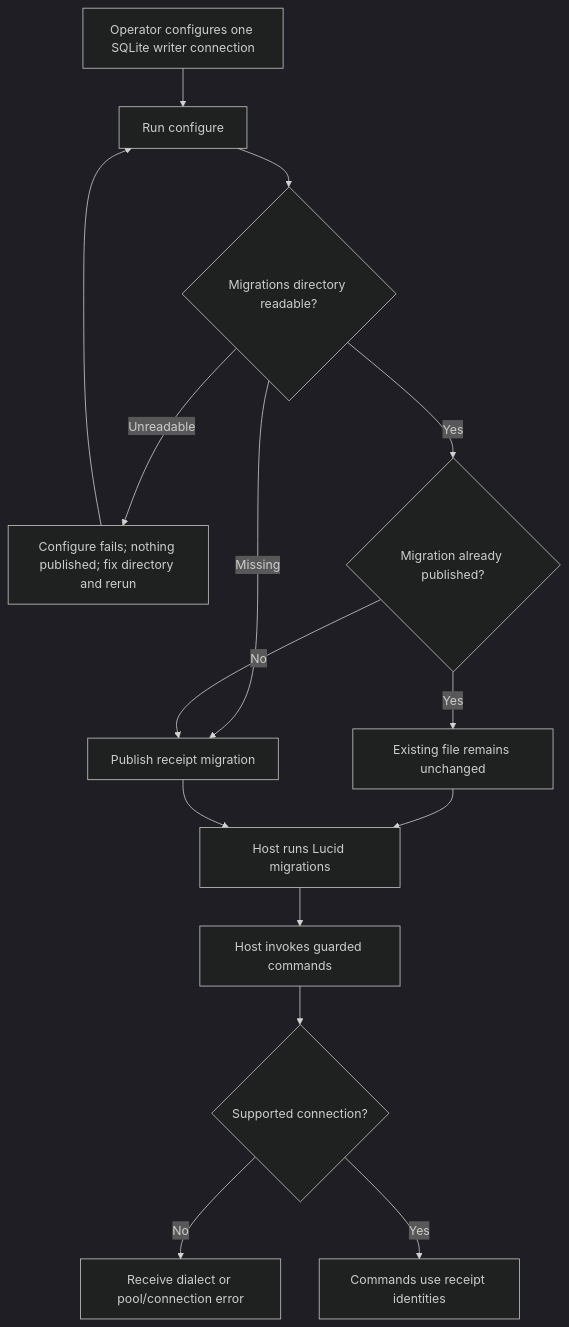
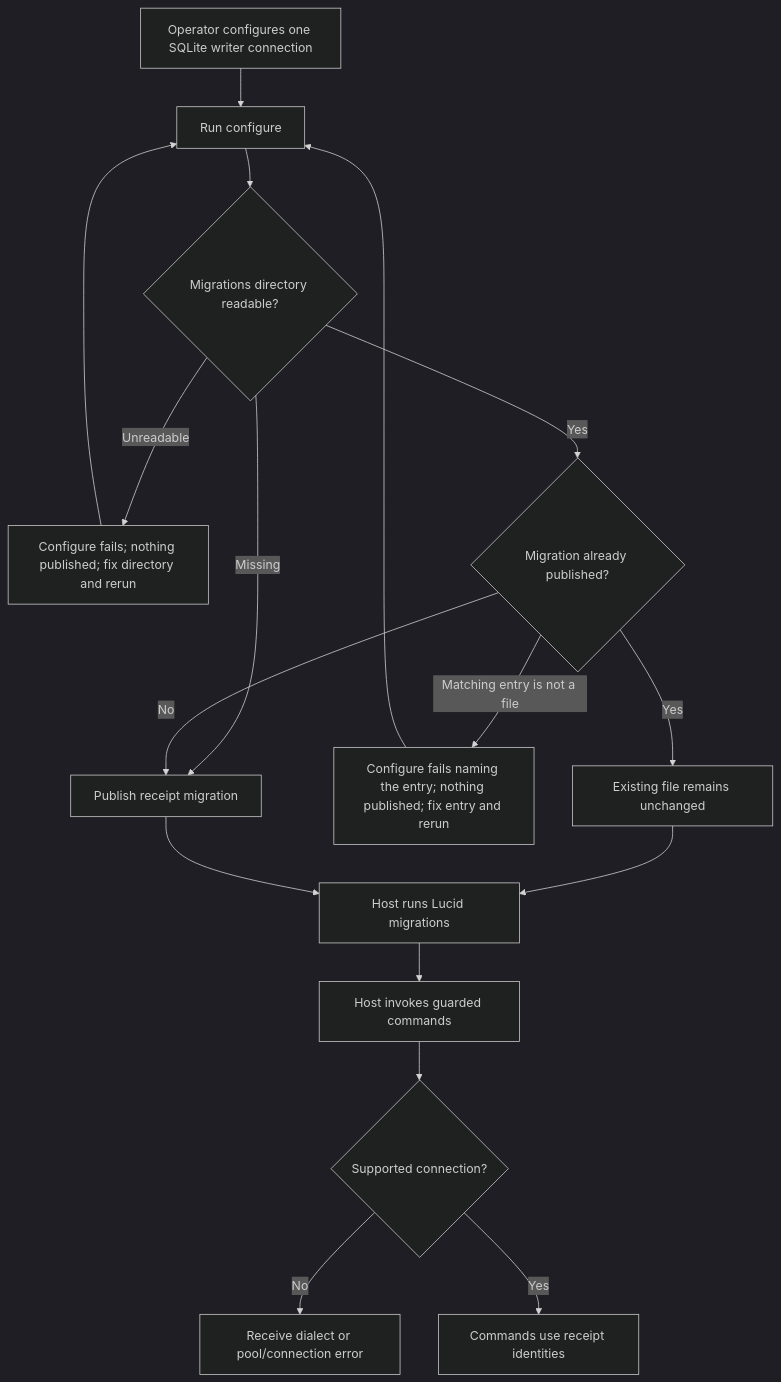
The first of 2 diagrams in user-stories/US-GUARD-04-operate-receipts.md (Kevinjohn/oss-adonisjs-duplicate-request-guard), drawn with Mermaid (dark theme) before and after one commit. The commit also changed other lines of this file and 2 other files, not shown here.

First line of the commit message:
fix: stop configure when a matching migration entry is not a file

````diff
--- a/user-stories/US-GUARD-04-operate-receipts.md
+++ b/user-stories/US-GUARD-04-operate-receipts.md
@@ -22,17 +22,19 @@
 ```mermaid
 flowchart TD
     A["Operator configures one SQLite writer connection"] --> B["Run configure"]
     B --> R{"Migrations directory readable?"}
     R -->|Missing| E
     R -->|Unreadable| X["Configure fails; nothing published; fix directory and rerun"]
     X --> B
     R -->|Yes| C{"Migration already published?"}
+    C -->|Matching entry is not a file| Y["Configure fails naming the entry; nothing published; fix entry and rerun"]
+    Y --> B
     C -->|Yes| D["Existing file remains unchanged"]
     C -->|No| E["Publish receipt migration"]
     D --> M["Host runs Lucid migrations"]
     E --> M
     M --> F["Host invokes guarded commands"]
     F --> G{"Supported connection?"}
     G -->|No| H["Receive dialect or pool/connection error"]
     G -->|Yes| I["Commands use receipt identities"]
 ```
````
